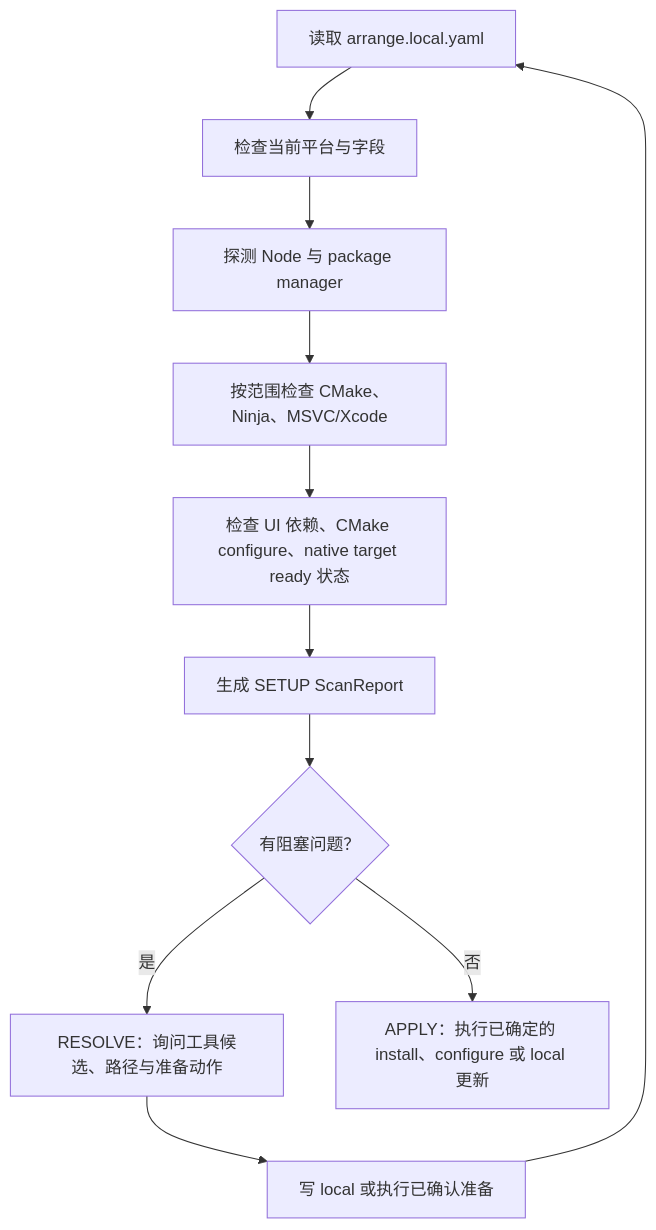
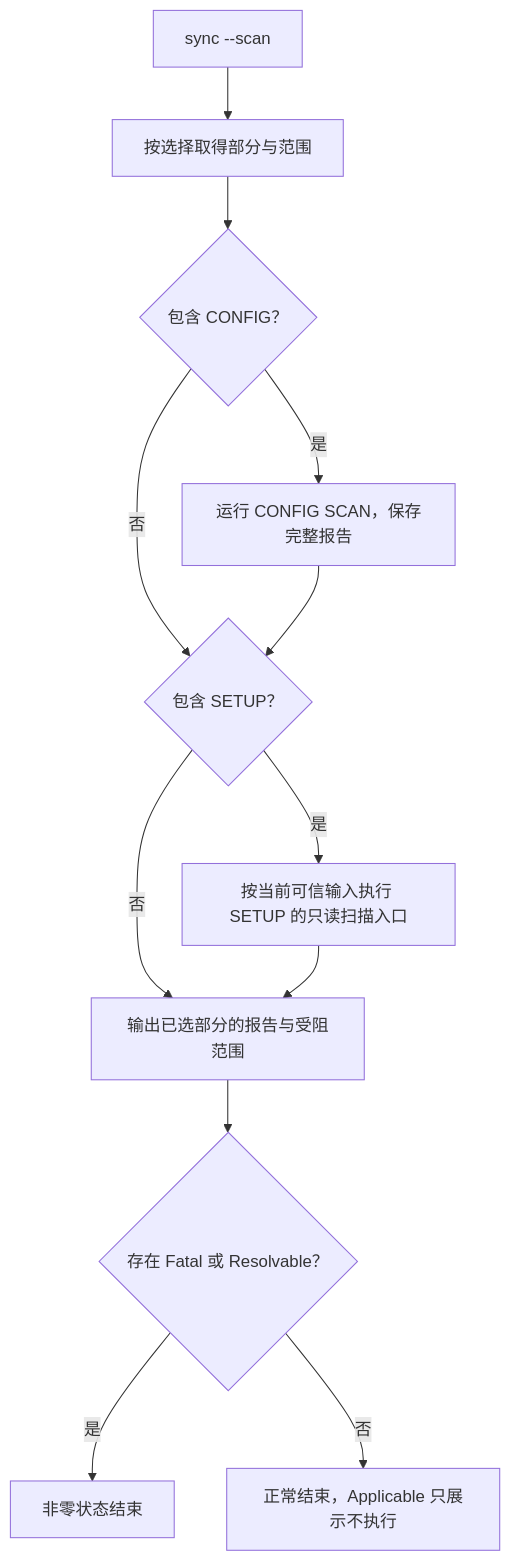
The eighth of 11 diagrams in docs/proj/m2/2/命令定义.md (EarzuChan/Arrange), drawn with Mermaid before and after one commit. The commit also changed other lines of this file and 75 other files, not shown here.

Commit message:
feat: half way of cli sync config phase

````diff
--- a/docs/proj/m2/2/命令定义.md
+++ b/docs/proj/m2/2/命令定义.md
@@ -266,13 +244,14 @@
 ```mermaid
 flowchart TD
-    A[读取 arrange.local.yaml] --> B[检查当前平台与字段]
-    B --> C[探测 Node 与 package manager]
-    C --> D[按范围检查 CMake、Ninja、MSVC/Xcode]
-    D --> E[检查 UI 依赖、CMake configure、native target ready 状态]
-    E --> F[生成 SETUP ScanReport]
-    F --> G{有阻塞问题？}
-    G -->|是| H[RESOLVE：询问工具候选、路径与准备动作]
-    H --> I[写 local 或执行已确认准备]
-    I --> A
-    G -->|否| J[APPLY：执行已确定的 install、configure 或 local 更新]
+    A["sync --scan"] --> B["按选择取得部分与范围"]
+    B --> C{"包含 CONFIG？"}
+    C -->|是| D["运行 CONFIG SCAN，保存完整报告"]
+    C -->|否| E{"包含 SETUP？"}
+    D --> E
+    E -->|是| F["按当前可信输入执行 SETUP 的只读扫描入口"]
+    E -->|否| G["输出已选部分的报告与受阻范围"]
+    F --> G
+    G --> H{"存在 Fatal 或 Resolvable？"}
+    H -->|是| FAIL["非零状态结束"]
+    H -->|否| END["正常结束，Applicable 只展示不执行"]
 ```
````
